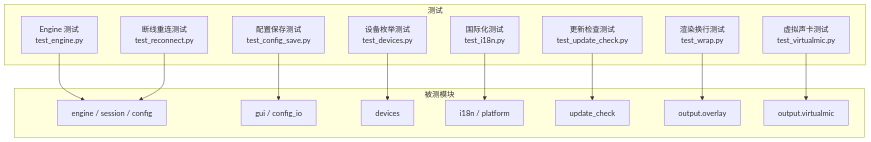
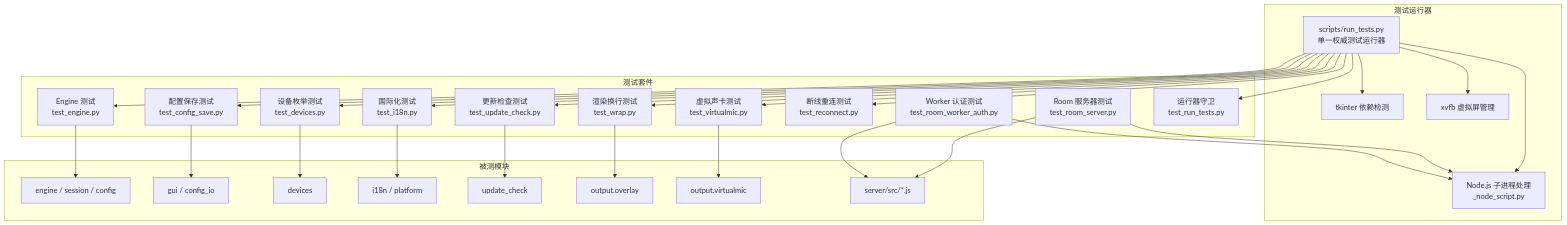
The first of 17 diagrams in .qoder/repowiki/zh/content/测试框架.md (EMeowAGENT/vrchat-livetranslate), drawn with Mermaid before and after one commit. The commit also changed other lines of this file and 75 other files, not shown here.

````diff
--- a/.qoder/repowiki/zh/content/测试框架.md
+++ b/.qoder/repowiki/zh/content/测试框架.md
@@ -45,30 +62,55 @@
 ```mermaid
 graph TB
-subgraph "测试"
+subgraph "测试运行器"
+RT["scripts/run_tests.py<br/>单一权威测试运行器"]
+TD["tkinter 依赖检测"]
+XV["xvfb 虚拟屏管理"]
+NS["Node.js 子进程处理<br/>_node_script.py"]
+end
+subgraph "测试套件"
 T1["Engine 测试<br/>test_engine.py"]
 T2["配置保存测试<br/>test_config_save.py"]
 T3["设备枚举测试<br/>test_devices.py"]
 T4["国际化测试<br/>test_i18n.py"]
 T5["更新检查测试<br/>test_update_check.py"]
 T6["渲染换行测试<br/>test_wrap.py"]
 T7["虚拟声卡测试<br/>test_virtualmic.py"]
 T8["断线重连测试<br/>test_reconnect.py"]
+T9["Room 服务器测试<br/>test_room_server.py"]
+T10["Worker 认证测试<br/>test_room_worker_auth.py"]
+TR["运行器守卫<br/>test_run_tests.py"]
 end
 subgraph "被测模块"
 M1["engine / session / config"]
 M2["gui / config_io"]
 M3["devices"]
 M4["i18n / platform"]
 M5["update_check"]
 M6["output.overlay"]
 M7["output.virtualmic"]
+M8["server/src/*.js"]
 end
+RT --> T1
+RT --> T2
+RT --> T3
+RT --> T4
+RT --> T5
+RT --> T6
+RT --> T7
+RT --> T8
+RT --> TR
+RT --> TD
+RT --> XV
+RT --> NS
+T9 --> NS
+T10 --> NS
 T1 --> M1
 T2 --> M2
 T3 --> M3
 T4 --> M4
 T5 --> M5
 T6 --> M6
 T7 --> M7
-T8 --> M1
+T9 --> M8
+T10 --> M8
 ```
````
